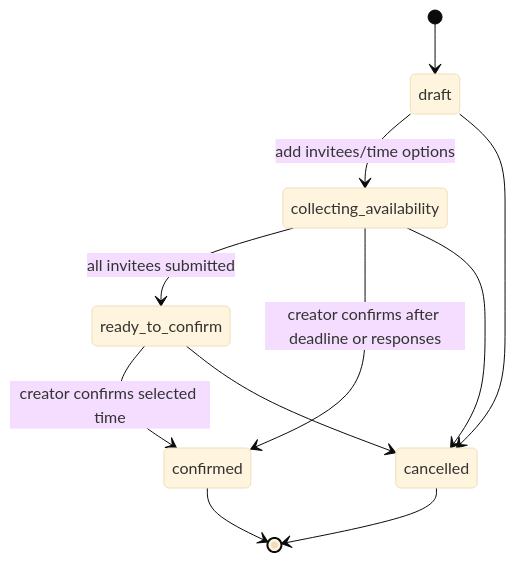
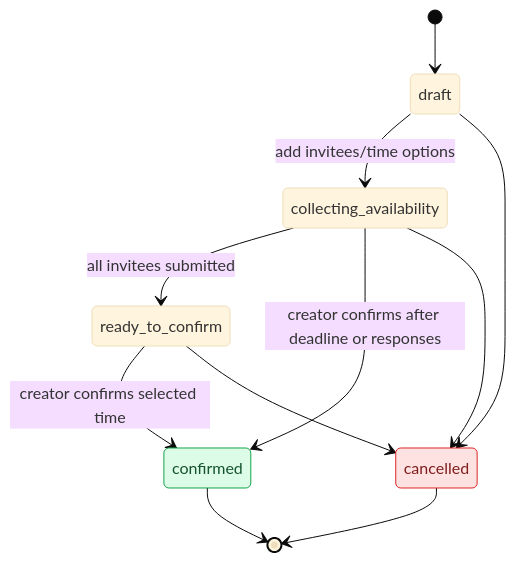
One commit to DOSTSquad/meeting-mgnt changed the second of 5 diagrams in artefacts/docs/technical-spec.md. Above: the diagram before and after it, drawn with Mermaid (base theme). The commit also changed other lines of this file and 3 other files, not shown here.

First line of the commit message:
Restyle specification diagrams and regenerate the PDF

````diff
--- a/artefacts/docs/technical-spec.md
+++ b/artefacts/docs/technical-spec.md
@@ -124,13 +137,18 @@
 ```mermaid
 stateDiagram-v2
   [*] --> draft
   draft --> collecting_availability: add invitees/time options
   collecting_availability --> ready_to_confirm: all invitees submitted
   collecting_availability --> confirmed: creator confirms after deadline or responses
   ready_to_confirm --> confirmed: creator confirms selected time
   draft --> cancelled
   collecting_availability --> cancelled
   ready_to_confirm --> cancelled
   confirmed --> [*]
   cancelled --> [*]
+
+  classDef good fill:#dcfce7,stroke:#16a34a,color:#14532d
+  classDef bad fill:#fee2e2,stroke:#dc2626,color:#7f1d1d
+  class confirmed good
+  class cancelled bad
 ```
````
